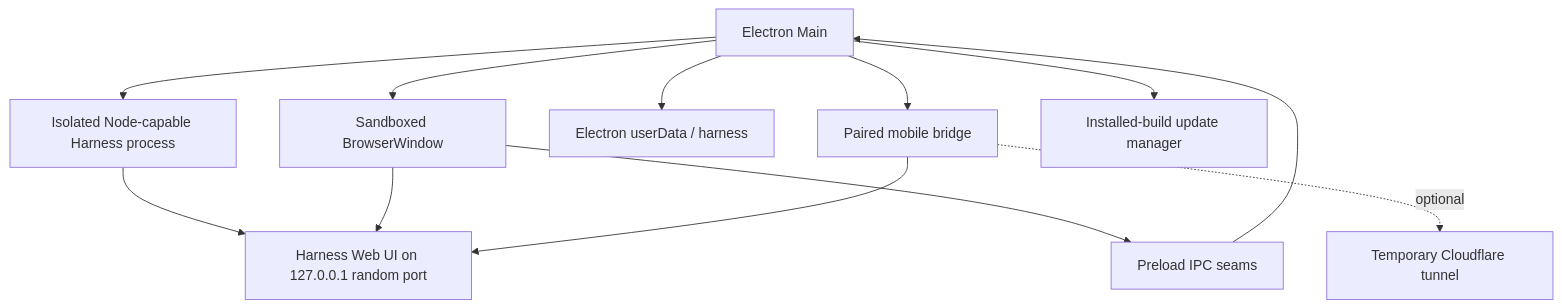
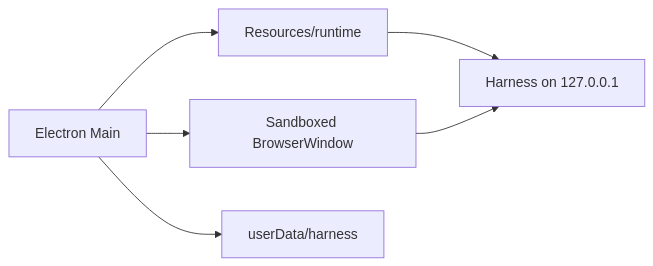
One commit to Boxser567/insight-desktop-shell changed the diagram in docs/architecture.md. Above: the diagram before and after it, drawn with Mermaid. The commit also changed other lines of this file and 30 other files, not shown here.

Commit message:
fix: preserve Core Runtime ownership after upstream sync

````diff
--- a/docs/architecture.md
+++ b/docs/architecture.md
@@ -7,14 +9,8 @@
 ```mermaid
-flowchart TD
-  MAIN["Electron Main"] --> RUNTIME["Isolated Node-capable Harness process"]
-  RUNTIME --> WEB["Harness Web UI on 127.0.0.1 random port"]
-  MAIN --> WINDOW["Sandboxed BrowserWindow"]
-  WINDOW --> WEB
-  PRELOAD["Preload IPC seams"] --> MAIN
-  WINDOW --> PRELOAD
-  MAIN --> PROFILE["Electron userData / harness"]
-  MAIN --> MOBILE["Paired mobile bridge"]
-  MOBILE --> WEB
-  MOBILE -. optional .-> TUNNEL["Temporary Cloudflare tunnel"]
-  MAIN --> UPDATE["Installed-build update manager"]
+flowchart LR
+  MAIN["Electron Main"] --> WINDOW["Sandboxed BrowserWindow"]
+  MAIN --> CORE["Resources/runtime"]
+  CORE --> HARNESS["Harness on 127.0.0.1"]
+  WINDOW --> HARNESS
+  MAIN --> DATA["userData/harness"]
 ```
````
